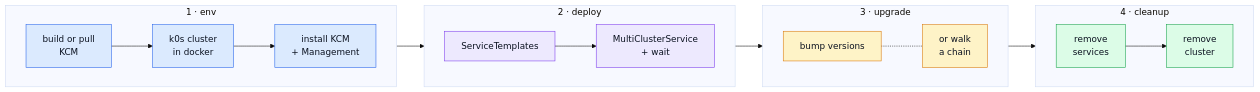
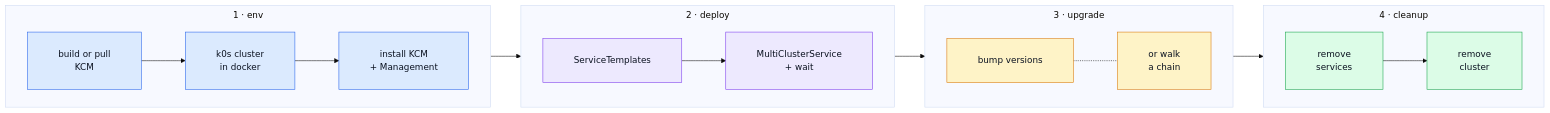
One commit to josef-hak/k0rdent-ksm-tests changed the first of 2 diagrams in README.md. Above: the diagram before and after it, drawn with Mermaid (base theme).

Commit message:
docs: pad the run diagram so the viewer controls do not sit on it

````diff
--- a/README.md
+++ b/README.md
@@ -20,34 +20,35 @@
 ```mermaid
+%%{init: {'flowchart': {'padding': 28, 'nodeSpacing': 45, 'rankSpacing': 55, 'subGraphTitleMargin': {'top': 6, 'bottom': 10}}}}%%
 flowchart LR
     subgraph P1["1 · env"]
         direction LR
         E1["build or pull<br/>KCM"] --> E2["k0s cluster<br/>in docker"] --> E3["install KCM<br/>+ Management"]
     end
 
     subgraph P2["2 · deploy"]
         direction LR
         D1["ServiceTemplates"] --> D2["MultiClusterService<br/>+ wait"]
     end
 
     subgraph P3["3 · upgrade"]
         direction LR
         U1["bump versions"] -.- U2["or walk<br/>a chain"]
     end
 
     subgraph P4["4 · cleanup"]
         direction LR
         C1["remove<br/>services"] --> C2["remove<br/>cluster"]
     end
 
     P1 --> P2 --> P3 --> P4
 
     classDef env fill:#dbeafe,stroke:#2563eb,color:#0b1220
     classDef dep fill:#ede9fe,stroke:#7c3aed,color:#0b1220
     classDef upg fill:#fef3c7,stroke:#d97706,color:#0b1220
     classDef out fill:#dcfce7,stroke:#16a34a,color:#0b1220
 
     class E1,E2,E3 env
     class D1,D2 dep
     class U1,U2 upg
     class C1,C2 out
 ```
````
